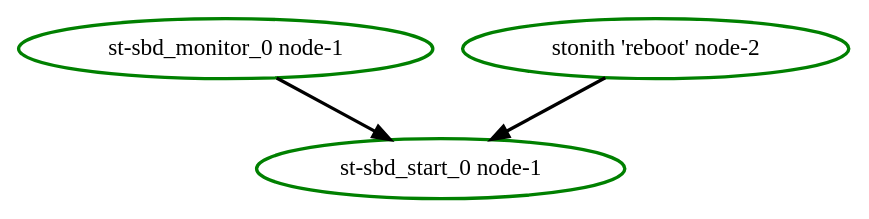
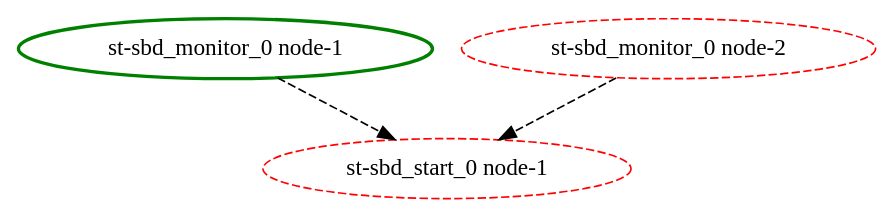
Before and after one commit to ClusterLabs/pacemaker: the diagram in cts/scheduler/dot/pending-node-no-uname.dot, drawn with Graphviz. The commit also changed 2 other files, not shown here.

Commit message:
Test: cts-scheduler: update regression test about not fencing a pending node that doesn't have an uname in node state yet

```diff
--- a/cts/scheduler/dot/pending-node-no-uname.dot
+++ b/cts/scheduler/dot/pending-node-no-uname.dot
@@ -1,7 +1,7 @@
  digraph "g" {
-"st-sbd_monitor_0 node-1" -> "st-sbd_start_0 node-1" [ style = bold]
+"st-sbd_monitor_0 node-1" -> "st-sbd_start_0 node-1" [ style = dashed]
 "st-sbd_monitor_0 node-1" [ style=bold color="green" fontcolor="black"]
-"st-sbd_start_0 node-1" [ style=bold color="green" fontcolor="black"]
-"stonith 'reboot' node-2" -> "st-sbd_start_0 node-1" [ style = bold]
-"stonith 'reboot' node-2" [ style=bold color="green" fontcolor="black"]
+"st-sbd_monitor_0 node-2" -> "st-sbd_start_0 node-1" [ style = dashed]
+"st-sbd_monitor_0 node-2" [ style=dashed color="red" fontcolor="black"]
+"st-sbd_start_0 node-1" [ style=dashed color="red" fontcolor="black"]
 }
```
